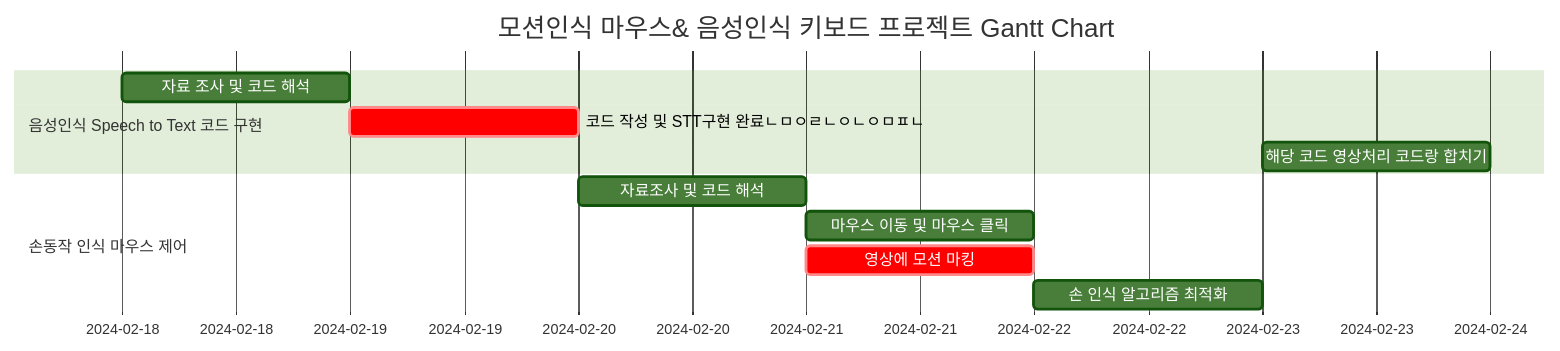
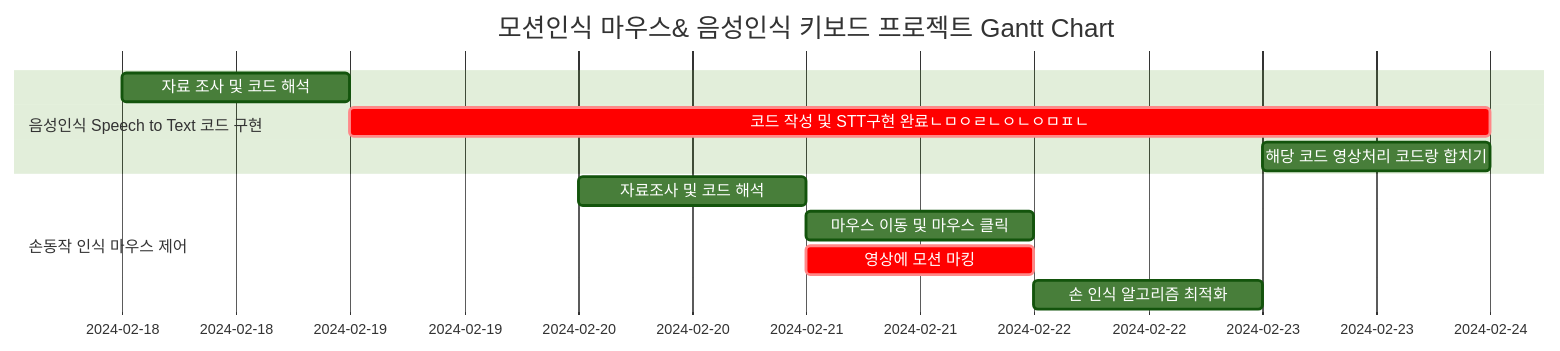
One commit to CodeMystero/motionKeyboardMouse changed the diagram in README.md. Above: the diagram before and after it, drawn with Mermaid (forest theme).

````diff
--- a/README.md
+++ b/README.md
@@ -58,16 +58,16 @@
 ```mermaid
 gantt
     dateFormat  MM-DD-YYYY
     title       모션인식 마우스& 음성인식 키보드 프로젝트 Gantt Chart
 	
 	section 음성인식 Speech to Text 코드 구현
 		자료 조사 및 코드 해석 :2024-02-18, 1d
-                코드 작성 및 STT구현 완료ㄴㅁㅇㄹㄴㅇㄴㅇㅁㅍㄴ  :crit, 2024-02-19, 1d
+                코드 작성 및 STT구현 완료ㄴㅁㅇㄹㄴㅇㄴㅇㅁㅍㄴ  :crit, 2024-02-19, 5d
 		해당 코드 영상처리 코드랑 합치기 :2024-02-23, 1d
 	
 	section 손동작 인식 마우스 제어
 		자료조사 및 코드 해석	: 2024-02-20, 1d
 		마우스 이동 및 마우스 클릭 : 2024-02-21, 1d
                 영상에 모션 마킹  :crit, 2024-02-21, 1d
 		손 인식 알고리즘 최적화 : 2024-02-22, 1d
 ```
````
